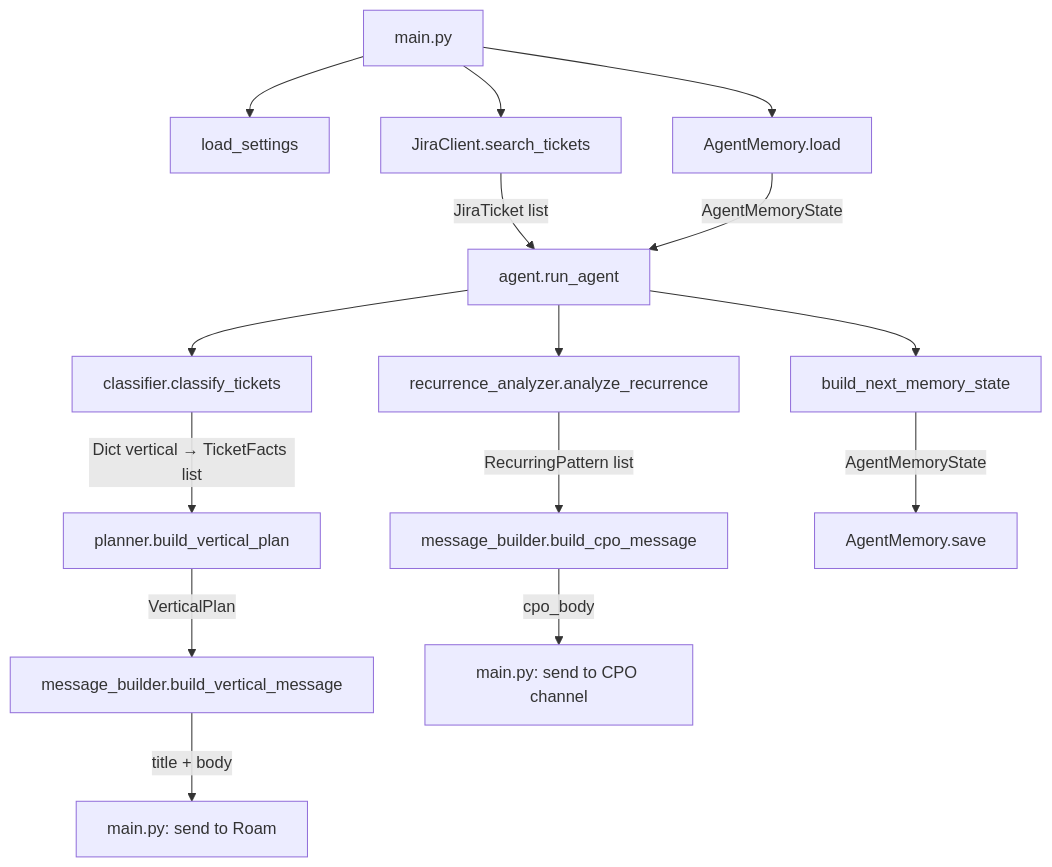
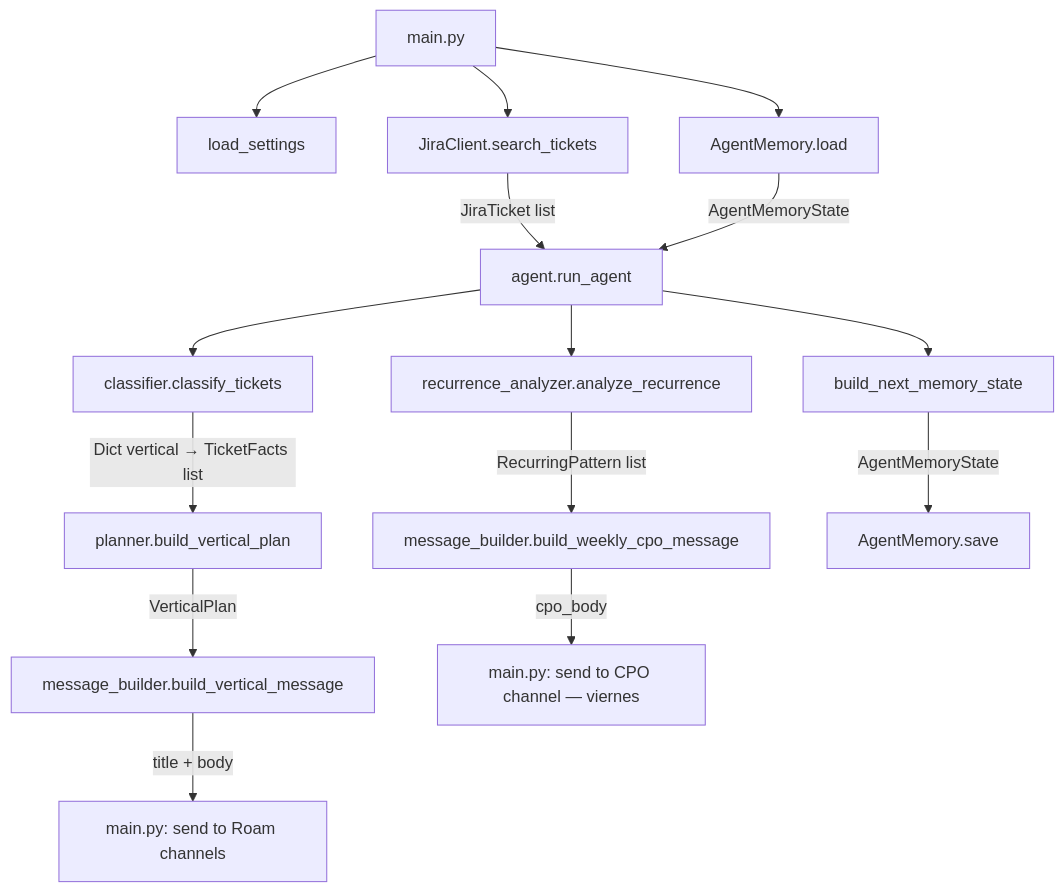
One commit to agustina-cmyk/primeros_pasos changed the diagram in docs/architecture/data-flow.md. Above: the diagram before and after it, drawn with Mermaid. The commit also changed other lines of this file, not shown here.

First line of the commit message:
docs(architecture): actualizar data-flow con cambios de esta sesión

````diff
--- a/docs/architecture/data-flow.md
+++ b/docs/architecture/data-flow.md
@@ -7,17 +7,17 @@
 ```mermaid
 flowchart TD
     A[main.py] --> B[load_settings]
     A --> C[AgentMemory.load]
     A --> D[JiraClient.search_tickets]
     D -->|JiraTicket list| E[agent.run_agent]
     C -->|AgentMemoryState| E
     E --> F[classifier.classify_tickets]
     F -->|Dict vertical → TicketFacts list| G[planner.build_vertical_plan]
     G -->|VerticalPlan| H[message_builder.build_vertical_message]
     E --> I[recurrence_analyzer.analyze_recurrence]
-    I -->|RecurringPattern list| J[message_builder.build_cpo_message]
-    H -->|title + body| K[main.py: send to Roam]
-    J -->|cpo_body| L[main.py: send to CPO channel]
+    I -->|RecurringPattern list| J[message_builder.build_weekly_cpo_message]
+    H -->|title + body| K[main.py: send to Roam channels]
+    J -->|cpo_body| L[main.py: send to CPO channel — viernes]
     E --> M[build_next_memory_state]
     M -->|AgentMemoryState| N[AgentMemory.save]
 ```
````
